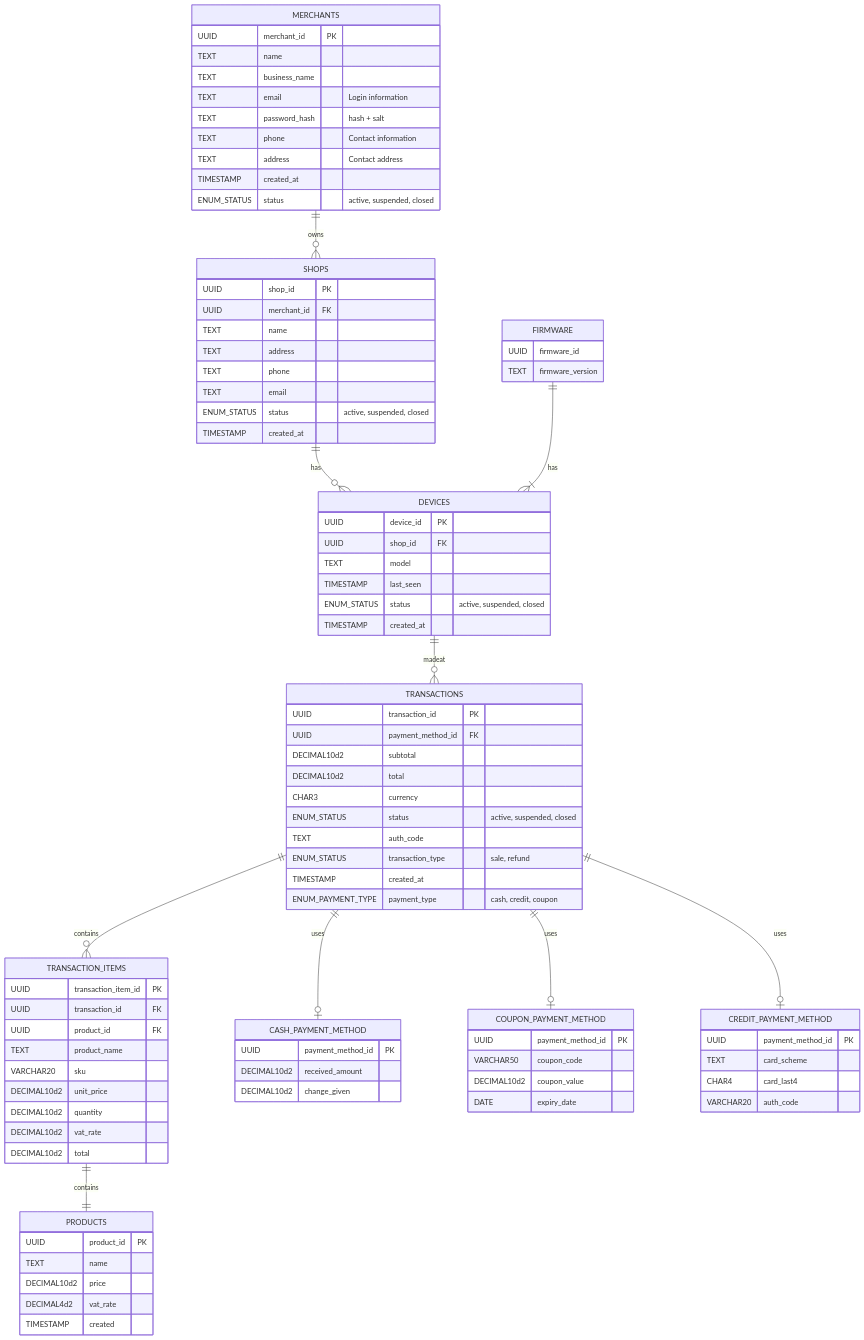
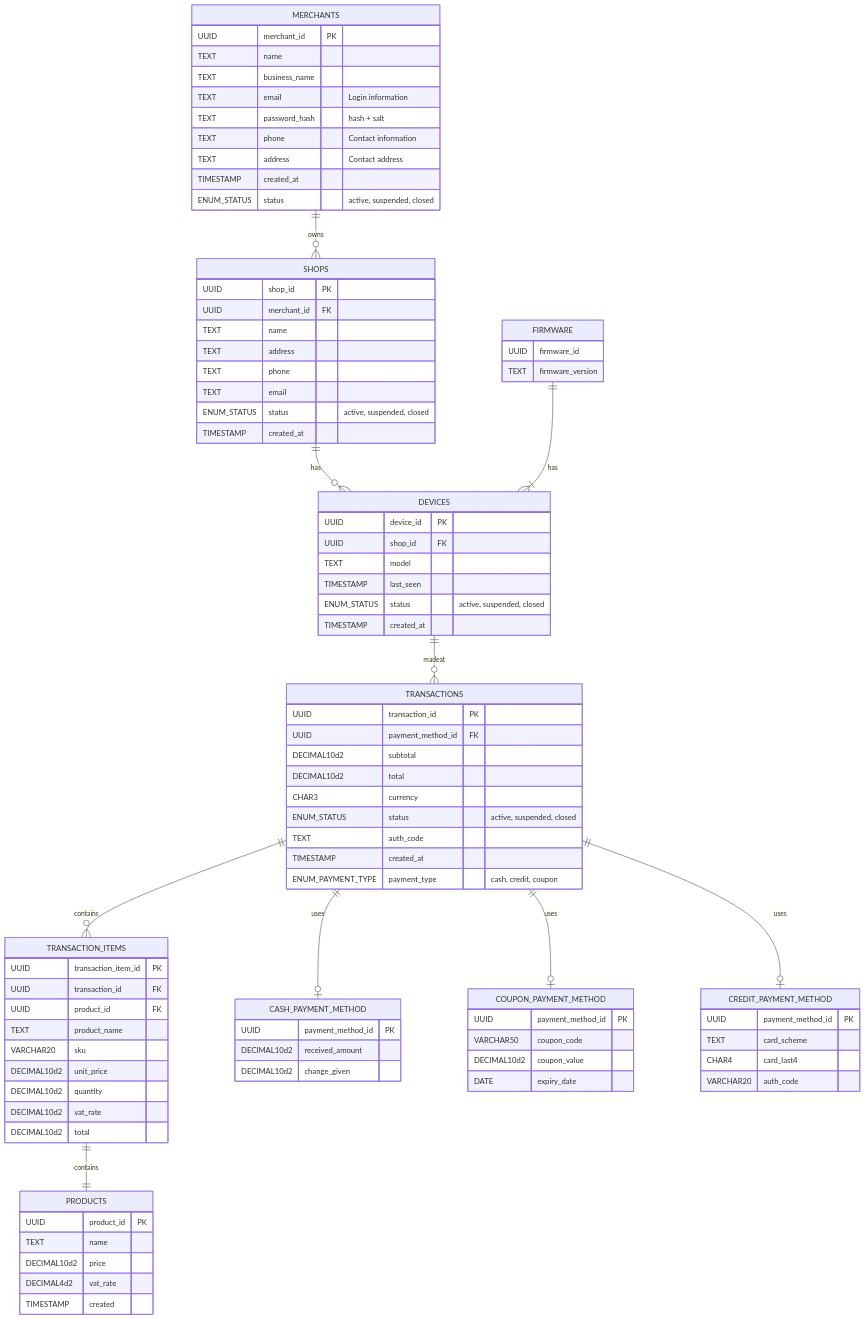
Before and after one commit to Jedsam/salesReportApp: the diagram in backend_database.md, drawn with Mermaid. The commit also changed 1 other file, not shown here.

Commit message:
slight update to the backenddatabase diagram

```diff
--- a/backend_database.md
+++ b/backend_database.md
@@ -42,7 +42,6 @@
 CHAR3 currency 
 ENUM_STATUS status "active, suspended, closed"
 TEXT auth_code
-ENUM_STATUS transaction_type "sale, refund"
 TIMESTAMP created_at
 ENUM_PAYMENT_TYPE payment_type "cash, credit, coupon"
 }
```
